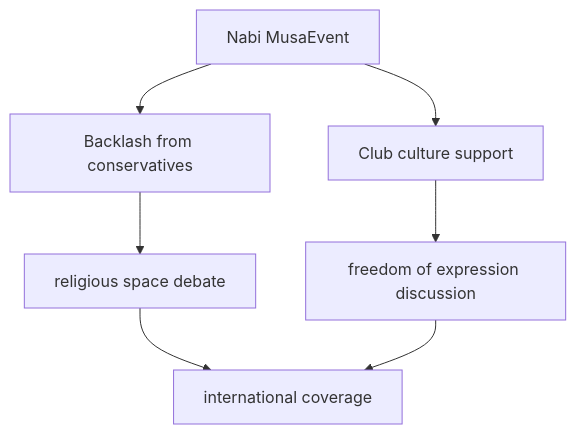
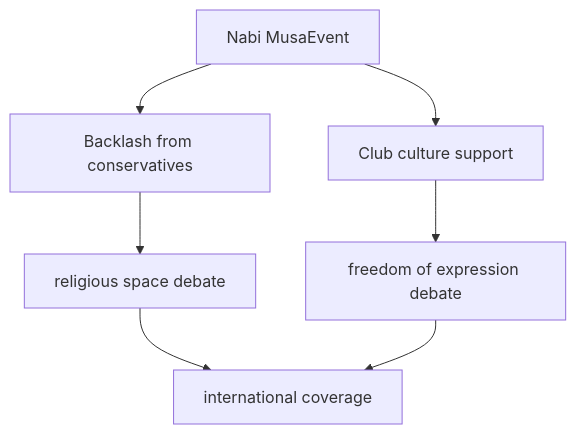
One commit to monumental-movement/monumental-movement.github.io changed the fifth of 7 diagrams in en/_posts/2026-05-24-column-sama-abdulhadi.md. Above: the diagram before and after it, drawn with Mermaid. The commit also changed other lines of this file and 445 other files, not shown here.

```diff
--- a/en/_posts/2026-05-24-column-sama-abdulhadi.md
+++ b/en/_posts/2026-05-24-column-sama-abdulhadi.md
@@ -343,9 +343,9 @@
 <div class="mermaid">
 graph TD
 A[Nabi MusaEvent] --> B[Backlash from conservatives]
 A --> C[Club culture support]
 B --> D[religious space debate]
-C --> E[freedom of expression discussion]
+C --> E[freedom of expression debate]
 D --> F[international coverage]
 E --> F
 </div>
```
